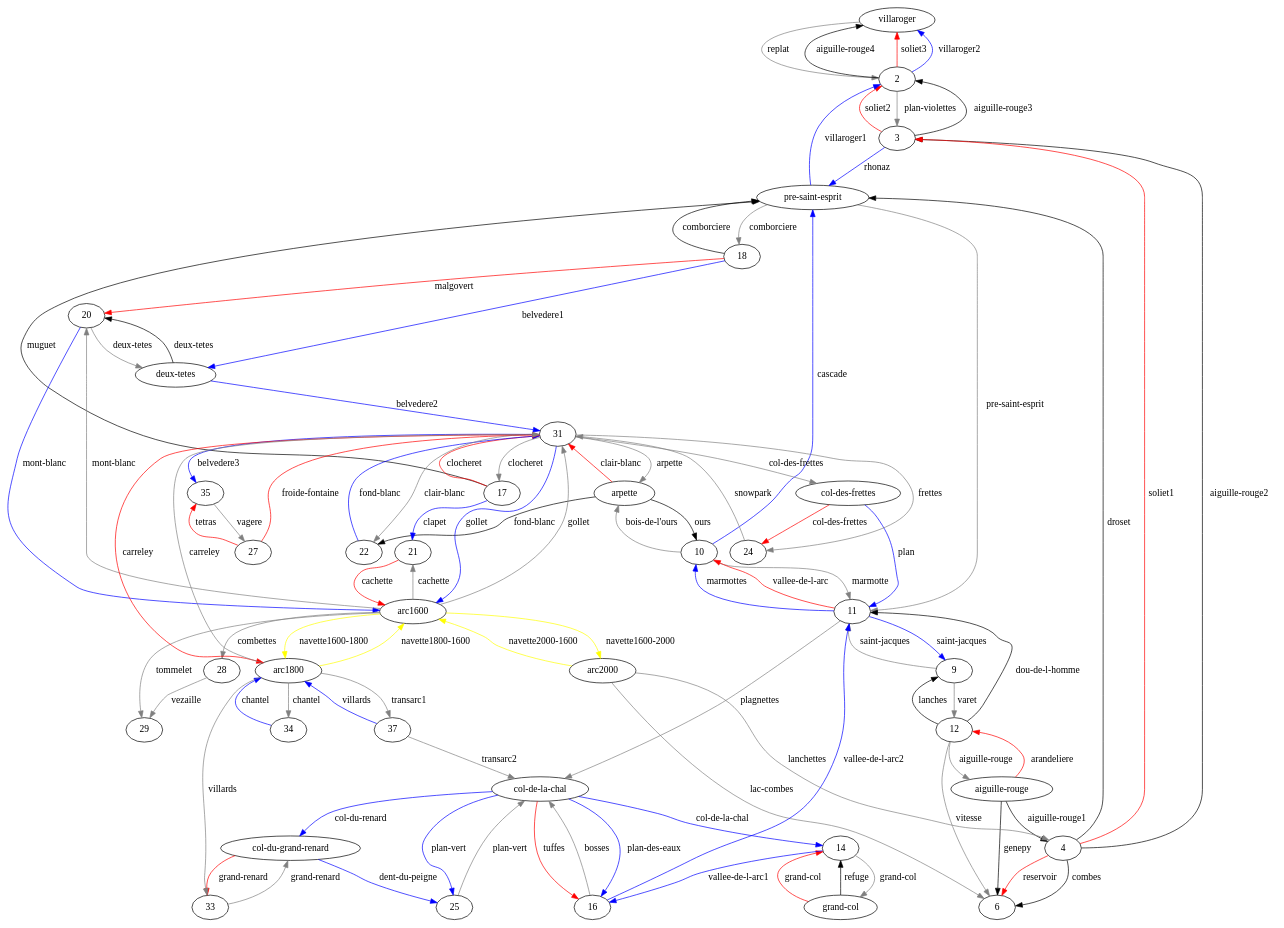
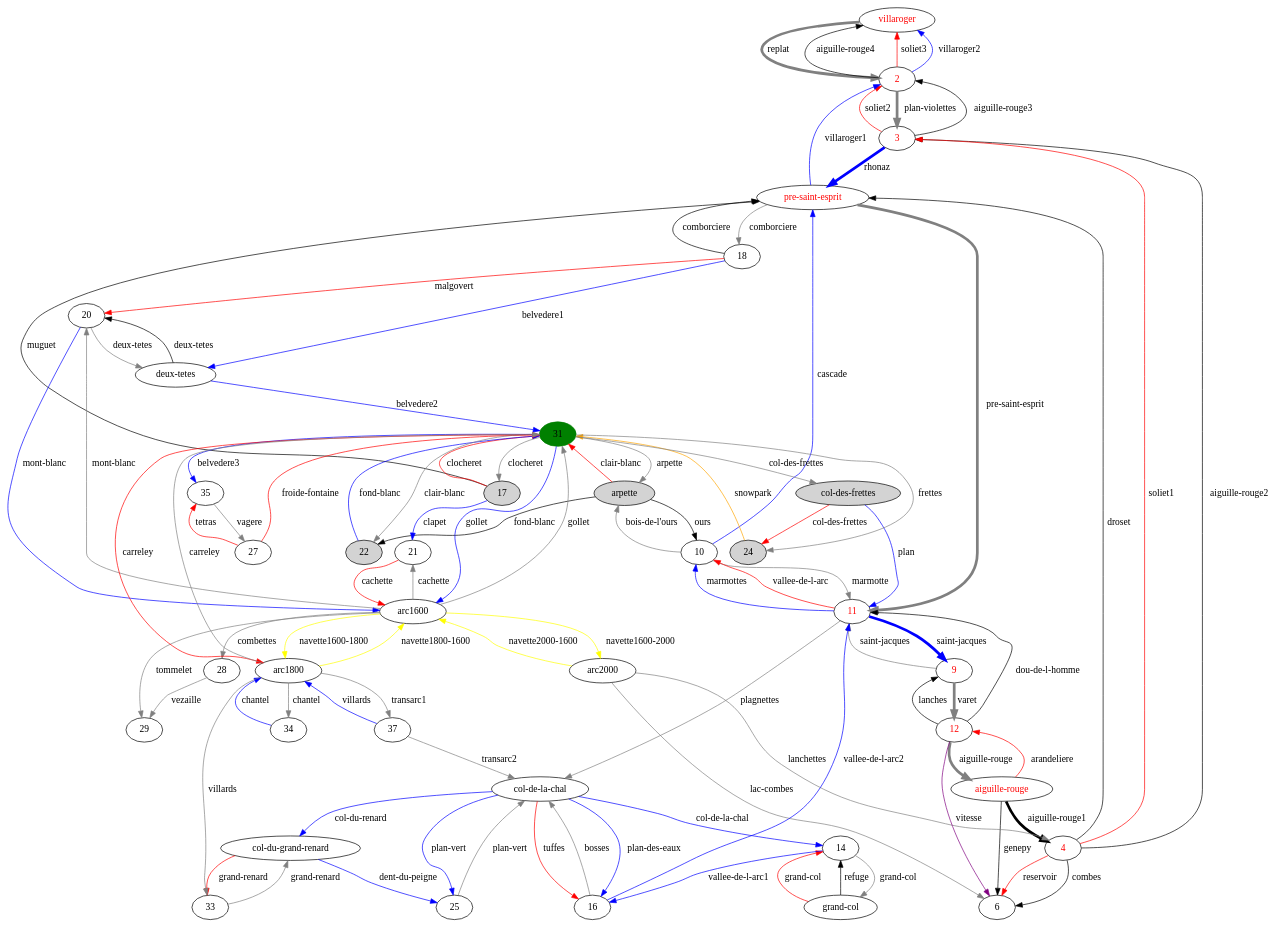
Before and after one commit to goberle/AG44: the diagram in SkiResort/graph.gv, drawn with Graphviz. The commit also changed 6 other files, not shown here.

```diff
--- a/SkiResort/graph.gv
+++ b/SkiResort/graph.gv
@@ -1,134 +1,134 @@
 digraph G {
-1 [altitude=1200, label=villaroger];
-2 [altitude=1425, label=2];
-3 [altitude=2135, label=3];
-4 [altitude=2458, label=4];
-5 [altitude=3226, label="aiguille-rouge"];
+1 [fontcolor=red, altitude=1200, label=villaroger];
+2 [fontcolor=red, altitude=1425, label=2];
+3 [fontcolor=red, altitude=2135, label=3];
+4 [fontcolor=red, altitude=2458, label=4];
+5 [fontcolor=red, altitude=3226, label="aiguille-rouge"];
 6 [altitude=2158, label=6];
 7 [altitude=2120, label=arc2000];
-8 [altitude=1822, label="pre-saint-esprit"];
-9 [altitude=2120, label=9];
+8 [fontcolor=red, altitude=1822, label="pre-saint-esprit"];
+9 [fontcolor=red, altitude=2120, label=9];
 10 [altitude=2015, label=10];
-11 [altitude=2195, label=11];
-12 [altitude=2670, label=12];
+11 [fontcolor=red, altitude=2195, label=11];
+12 [fontcolor=red, altitude=2670, label=12];
 13 [altitude=2835, label="grand-col"];
 14 [altitude=2446, label=14];
-15 [altitude=2418, label=arpette];
+15 [altitude=2418, style=filled, label=arpette];
 16 [altitude=2296, label=16];
-17 [altitude=2375, label=17];
+17 [altitude=2375, style=filled, label=17];
 18 [altitude=2314, label=18];
 19 [altitude=2285, label="deux-tetes"];
 20 [altitude=2063, label=20];
 21 [altitude=2160, label=21];
-22 [altitude=2230, label=22];
-23 [altitude=2384, label="col-des-frettes"];
-24 [altitude=2280, label=24];
+22 [altitude=2230, style=filled, label=22];
+23 [altitude=2384, style=filled, label="col-des-frettes"];
+24 [altitude=2280, style=filled, label=24];
 25 [altitude=2294, label=25];
 26 [altitude=2600, label="col-de-la-chal"];
 27 [altitude=2275, label=27];
 28 [altitude=1750, label=28];
 29 [altitude=1850, label=29];
 30 [altitude=1613, label=arc1600];
-31 [altitude=2050, label=31];
+31 [color=green, altitude=2050, style=filled, label=31];
 32 [altitude=2454, label="col-du-grand-renard"];
 33 [altitude=2150, label=33];
 34 [altitude=1920, label=34];
 35 [altitude=1830, label=35];
 36 [altitude=1715, label=arc1800];
 37 [altitude=2100, label=37];
-1 -> 2  [color=grey, type=TS, key=0, weight="600.0", label=replat];
+1 -> 2  [key=0, weight="600.0", color=grey, penwidth=4, type=TS, label=replat];
 2 -> 1  [color=black, type=N, key=0, weight="270.0", label="aiguille-rouge4"];
 2 -> 1  [color=red, type=R, key=1, weight="405.0", label=soliet3];
 2 -> 1  [color=blue, type=B, key=2, weight="540.0", label=villaroger2];
-2 -> 3  [color=grey, type=TS, key=0, weight="1764.0", label="plan-violettes"];
-3 -> 8  [color=blue, type=B, key=0, weight="751.2", label=rhonaz];
+2 -> 3  [key=0, weight="1764.0", color=grey, penwidth=4, type=TS, label="plan-violettes"];
+3 -> 8  [key=0, weight="751.2", color=blue, penwidth=4, type=B, label=rhonaz];
 3 -> 2  [color=black, type=N, key=0, weight="852.0", label="aiguille-rouge3"];
 3 -> 2  [color=red, type=R, key=1, weight="1278.0", label=soliet2];
 4 -> 8  [color=black, type=N, key=0, weight="763.2", label=droset];
 4 -> 3  [color=black, type=N, key=0, weight="387.6", label="aiguille-rouge2"];
 4 -> 3  [color=red, type=R, key=1, weight="581.4", label=soliet1];
 4 -> 6  [color=black, type=N, key=0, weight="360.0", label=combes];
 4 -> 6  [color=red, type=R, key=1, weight="540.0", label=reservoir];
 5 -> 12  [color=red, type=R, key=0, weight="1000.8", label=arandeliere];
-5 -> 4  [color=black, type=N, key=0, weight="921.6", label="aiguille-rouge1"];
+5 -> 4  [key=0, weight="921.6", color=black, penwidth=4, type=N, label="aiguille-rouge1"];
 5 -> 6  [color=black, type=N, key=0, weight="1281.6", label=genepy];
 7 -> 4  [color=grey, type=TS, key=0, weight="871.2", label=lanchettes];
 7 -> 30  [color=yellow, type=BUS, key=0, weight=2400, label="navette2000-1600"];
 7 -> 6  [color=grey, type=TK, key=0, weight="151.2", label="lac-combes"];
 8 -> 18  [color=grey, type=TS, key=0, weight="1240.8", label=comborciere];
-8 -> 11  [color=grey, type=TS, key=0, weight="955.2", label="pre-saint-esprit"];
+8 -> 11  [key=0, weight="955.2", color=grey, penwidth=4, type=TS, label="pre-saint-esprit"];
 8 -> 2  [color=blue, type=B, key=0, weight="952.8", label=villaroger1];
 9 -> 11  [color=grey, type=TS, key=0, weight="240.0", label="saint-jacques"];
-9 -> 12  [color=grey, type=TC, key=0, weight="1110.0", label=varet];
+9 -> 12  [key=0, weight="1110.0", color=grey, penwidth=4, type=TC, label=varet];
 10 -> 8  [color=blue, type=B, key=0, weight="463.2", label=cascade];
 10 -> 11  [color=grey, type=TK, key=0, weight="492.0", label=marmotte];
 10 -> 15  [color=grey, type=TS, key=0, weight="1027.2", label="bois-de-l'ours"];
-11 -> 9  [color=blue, type=B, key=0, weight="180.0", label="saint-jacques"];
+11 -> 9  [key=0, weight="180.0", color=blue, penwidth=4, type=B, label="saint-jacques"];
 11 -> 10  [color=blue, type=B, key=0, weight="432.0", label=marmottes];
 11 -> 10  [color=red, type=R, key=1, weight="324.0", label="vallee-de-l-arc"];
 11 -> 26  [color=grey, type=TSD, key=0, weight="789.0", label=plagnettes];
 12 -> 9  [color=black, type=N, key=0, weight="660.0", label=lanches];
 12 -> 11  [color=black, type=N, key=0, weight="570.0", label="dou-de-l-homme"];
-12 -> 5  [color=grey, type=TPH, key=0, weight="907.2", label="aiguille-rouge"];
-12 -> 6  [color=grey, type=KL, key=0, weight="512.0", label=vitesse];
+12 -> 5  [key=0, weight="907.2", color=grey, penwidth=4, type=TPH, label="aiguille-rouge"];
+12 -> 6  [color=purple, type=KL, key=0, weight="512.0", label=vitesse];
 13 -> 14  [color=red, type=R, key=0, weight="700.2", label="grand-col"];
 13 -> 14  [color=black, type=N, key=1, weight="466.8", label=refuge];
 14 -> 16  [color=blue, type=B, key=0, weight="360.0", label="vallee-de-l-arc1"];
 14 -> 13  [color=grey, type=TS, key=0, weight="993.6", label="grand-col"];
 15 -> 10  [color=black, type=N, key=0, weight="483.6", label=ours];
 15 -> 22  [color=black, type=N, key=0, weight="225.6", label="fond-blanc"];
 15 -> 31  [color=red, type=R, key=0, weight="662.4", label="clair-blanc"];
 16 -> 26  [color=grey, type=TK, key=0, weight="789.6", label=bosses];
 16 -> 11  [color=blue, type=B, key=0, weight="242.4", label="vallee-de-l-arc2"];
 17 -> 8  [color=black, type=N, key=0, weight="663.6", label=muguet];
 17 -> 21  [color=blue, type=B, key=0, weight="516.0", label=clapet];
 17 -> 31  [color=red, type=R, key=0, weight="585.0", label=clocheret];
 18 -> 8  [color=black, type=N, key=0, weight="590.4", label=comborciere];
 18 -> 19  [color=blue, type=B, key=0, weight="69.6", label=belvedere1];
 18 -> 20  [color=red, type=R, key=0, weight="451.8", label=malgovert];
 19 -> 20  [color=black, type=N, key=0, weight="266.4", label="deux-tetes"];
 19 -> 31  [color=blue, type=B, key=0, weight="564.0", label=belvedere2];
 20 -> 19  [color=grey, type=TK, key=0, weight="592.8", label="deux-tetes"];
 20 -> 30  [color=blue, type=B, key=0, weight="1080.0", label="mont-blanc"];
 21 -> 30  [color=red, type=R, key=0, weight="984.6", label=cachette];
 22 -> 31  [color=blue, type=B, key=0, weight="432.0", label="fond-blanc"];
 23 -> 24  [color=red, type=R, key=0, weight="187.2", label="col-des-frettes"];
 23 -> 11  [color=blue, type=B, key=0, weight="453.6", label=plan];
-24 -> 31  [color=grey, type=SURF, key=0, weight="1380.0", label=snowpark];
+24 -> 31  [color=orange, type=SURF, key=0, weight="1380.0", label=snowpark];
 25 -> 26  [color=grey, type=TK, key=0, weight="794.4", label="plan-vert"];
 26 -> 32  [color=blue, type=B, key=0, weight="350.4", label="col-du-renard"];
 26 -> 16  [color=blue, type=B, key=0, weight="729.6", label="plan-des-eaux"];
 26 -> 16  [color=red, type=R, key=1, weight="547.2", label=tuffes];
 26 -> 14  [color=blue, type=B, key=0, weight="369.6", label="col-de-la-chal"];
 26 -> 25  [color=blue, type=B, key=0, weight="734.4", label="plan-vert"];
 27 -> 35  [color=red, type=R, key=0, weight="801.0", label=tetras];
 27 -> 31  [color=red, type=R, key=0, weight="405.0", label="froide-fontaine"];
 28 -> 29  [color=grey, type=TK, key=0, weight="300.0", label=vezaille];
 30 -> 36  [color=yellow, type=BUS, key=0, weight=1800, label="navette1600-1800"];
 30 -> 7  [color=yellow, type=BUS, key=0, weight=2400, label="navette1600-2000"];
 30 -> 20  [color=grey, type=TS, key=0, weight="1140.0", label="mont-blanc"];
 30 -> 21  [color=grey, type=TSD, key=0, weight="1044.6", label=cachette];
 30 -> 28  [color=grey, type=TS, key=0, weight="388.8", label=combettes];
 30 -> 29  [color=grey, type=TK, key=0, weight="628.8", label=tommelet];
 30 -> 31  [color=grey, type=TS, key=0, weight="1108.8", label=gollet];
 31 -> 35  [color=blue, type=B, key=0, weight="528.0", label=belvedere3];
 31 -> 36  [color=red, type=R, key=0, weight="603.0", label=carreley];
 31 -> 15  [color=grey, type=TS, key=0, weight="943.2", label=arpette];
 31 -> 17  [color=grey, type=TS, key=0, weight="840.0", label=clocheret];
 31 -> 22  [color=grey, type=TS, key=0, weight="492.0", label="clair-blanc"];
 31 -> 23  [color=grey, type=TS, key=0, weight="861.6", label="col-des-frettes"];
 31 -> 24  [color=grey, type=TK, key=0, weight="612.0", label=frettes];
 31 -> 30  [color=blue, type=B, key=0, weight="1048.8", label=gollet];
 32 -> 25  [color=blue, type=B, key=0, weight="384.0", label="dent-du-peigne"];
 32 -> 33  [color=red, type=R, key=0, weight="547.2", label="grand-renard"];
 33 -> 32  [color=grey, type=TS, key=0, weight="789.6", label="grand-renard"];
 34 -> 36  [color=blue, type=B, key=0, weight="492.0", label=chantel];
 35 -> 27  [color=grey, type=TK, key=0, weight="1128.0", label=vagere];
 36 -> 33  [color=grey, type=TSD, key=0, weight="843.0", label=villards];
 36 -> 34  [color=grey, type=TS, key=0, weight="552.0", label=chantel];
 36 -> 37  [color=grey, type=TC, key=0, weight="813.0", label=transarc1];
 36 -> 30  [color=yellow, type=BUS, key=0, weight=1800, label="navette1800-1600"];
 36 -> 31  [color=grey, type=TS, key=0, weight="864.0", label=carreley];
 37 -> 26  [color=grey, type=TC, key=0, weight="1020.0", label=transarc2];
 37 -> 36  [color=blue, type=B, key=0, weight="924.0", label=villards];
 }
```
